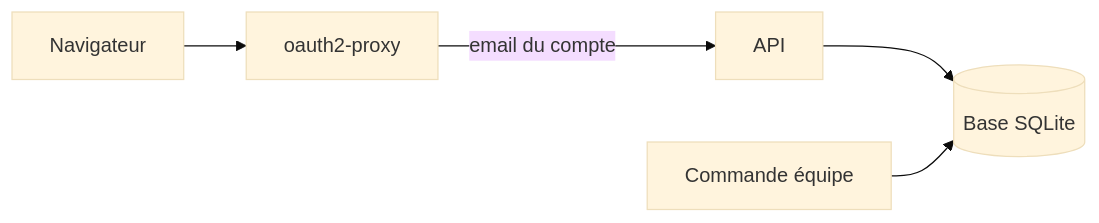
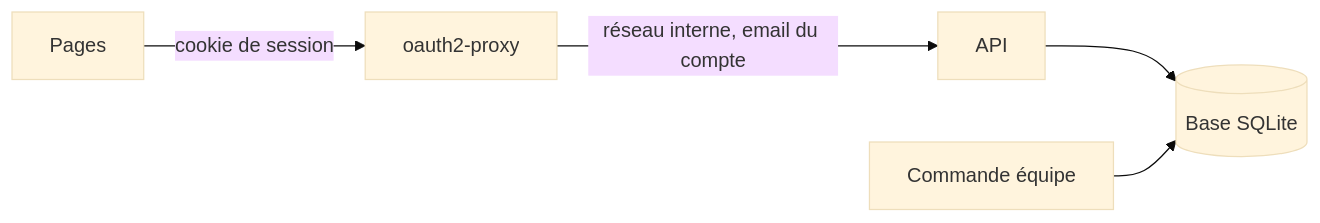
Before and after one commit to design-cpu/yeita-recrutement: the first of 2 diagrams in hlyja/technique/api.humain.md, drawn with Mermaid (base theme). The commit also changed other lines of this file and 31 other files, not shown here.

````diff
--- a/hlyja/technique/api.humain.md
+++ b/hlyja/technique/api.humain.md
@@ -18,7 +18,7 @@
 ```mermaid
 flowchart LR
-  N[Navigateur] --> P[oauth2-proxy]
-  P -->|email du compte| A[API]
+  N[Pages] -->|cookie de session| P[oauth2-proxy]
+  P -->|réseau interne, email du compte| A[API]
   A --> D[(Base SQLite)]
   C[Commande équipe] --> D
 ```
````
